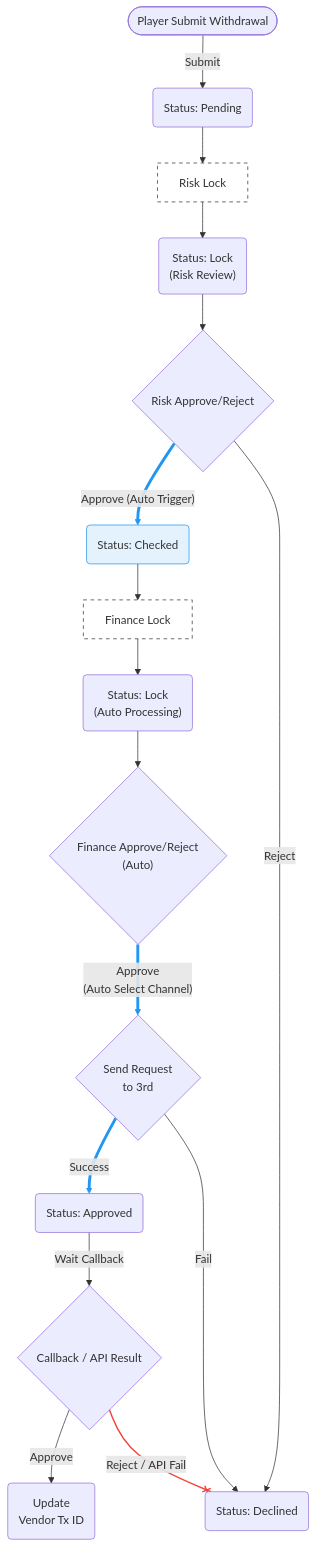
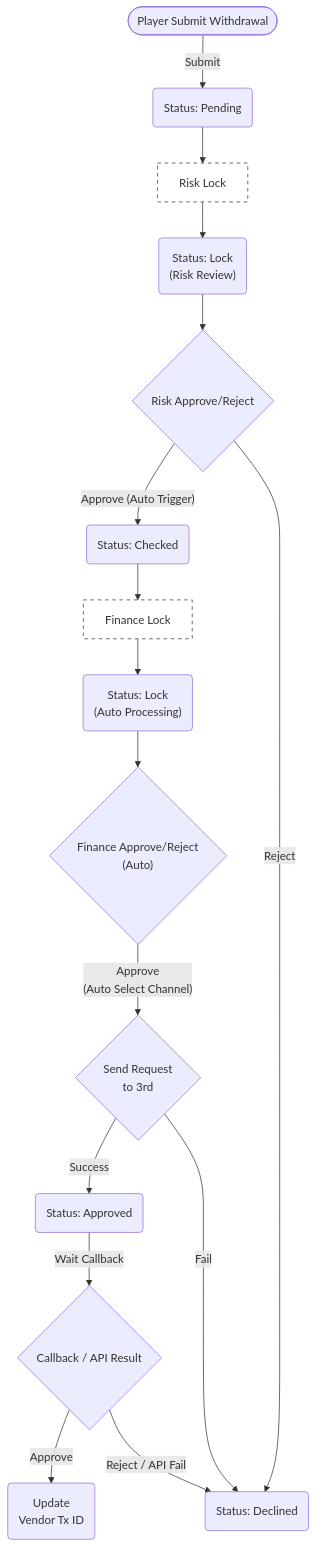
Before and after one commit to almightyken0425/SuSuGiGiSpec: the second of 2 diagrams in no99_archive/sitflowchart.md, drawn with Mermaid.

````diff
--- a/no99_archive/sitflowchart.md
+++ b/no99_archive/sitflowchart.md
@@ -91,80 +91,53 @@
 ```mermaid
 graph TD
     %% 節點定義
     StartAuto(["Player Submit Withdrawal"])
     PendingAuto("Status: Pending")
     
     RiskLockActionBoxAuto["Risk Lock"]
     RiskLockAuto("Status: Lock<br/>(Risk Review)")
     
     RiskActionAuto{"Risk Approve/Reject"}
     ApproveAuto("Status: Checked")
     
     FinanceLockActionBoxAuto["Finance Lock"]
     FinanceLockAuto("Status: Lock<br/>(Auto Processing)")
     
     FinanceActionAuto{"Finance Approve/Reject<br/>(Auto)"}
     RequestActionAuto{"Send Request<br/>to 3rd"}
     FinanceApprovedAuto("Status: Approved")
 
     DeclineAuto("Status: Declined")
     SuccessAuto("Update<br>Vendor Tx ID")
     CallbackAuto{"Callback / API Result"}
 
     StartAuto -->|"Submit"| PendingAuto
     
     PendingAuto --> RiskLockActionBoxAuto
     RiskLockActionBoxAuto --> RiskLockAuto
     
     RiskLockAuto --> RiskActionAuto
     
-    %% 高亮自動化路徑
-    RiskActionAuto ==>|"Approve (Auto Trigger)"| ApproveAuto
+    RiskActionAuto -->|"Approve (Auto Trigger)"| ApproveAuto
     
     ApproveAuto --> FinanceLockActionBoxAuto
     FinanceLockActionBoxAuto --> FinanceLockAuto
     
     FinanceLockAuto --> FinanceActionAuto
     
-    FinanceActionAuto ==>|"Approve<br/>(Auto Select Channel)"| RequestActionAuto
+    FinanceActionAuto -->|"Approve<br/>(Auto Select Channel)"| RequestActionAuto
     
-    RequestActionAuto ==>|"Success"| FinanceApprovedAuto
+    RequestActionAuto -->|"Success"| FinanceApprovedAuto
     RequestActionAuto -->|"Fail"| DeclineAuto
     
     FinanceApprovedAuto -->|"Wait Callback"| CallbackAuto
 
     CallbackAuto -->|"Approve"| SuccessAuto
     
-    %% 高亮報廢路徑
-    CallbackAuto --x|"Reject / API Fail"| DeclineAuto
+    CallbackAuto -->|"Reject / API Fail"| DeclineAuto
 
-    %% 補回 Risk 拒絕路徑 (若遺失)
     RiskActionAuto -->|"Reject"| DeclineAuto
 
-    %% 樣式與連結美化
-    %% linkStyle 索引 (基於連接線出現順序):
-    %% 0: StartAuto -> PendingAuto
-    %% 1: PendingAuto -> RiskLockActionBoxAuto
-    %% 2: RiskLockActionBoxAuto -> RiskLockAuto
-    %% 3: RiskLockAuto -> RiskActionAuto
-    %% 4: RiskActionAuto ==> ApproveAuto
-    %% 5: ApproveAuto --> FinanceLockActionBoxAuto
-    %% 6: FinanceLockActionBoxAuto --> FinanceLockAuto
-    %% 7: FinanceLockAuto --> FinanceActionAuto
-    %% 8: FinanceActionAuto ==> RequestActionAuto
-    %% 9: RequestActionAuto ==> FinanceApprovedAuto
-    %% 10: RequestActionAuto --> DeclineAuto
-    %% 11: FinanceApprovedAuto --> CallbackAuto
-    %% 12: CallbackAuto --> SuccessAuto
-    %% 13: CallbackAuto --x DeclineAuto
-    %% 14: RiskActionAuto --> DeclineAuto (New)
-
-    linkStyle 4 stroke:#2196f3,stroke-width:4px;
-    linkStyle 8 stroke:#2196f3,stroke-width:4px;
-    linkStyle 9 stroke:#2196f3,stroke-width:4px;
-    linkStyle 13 stroke:#f44336,stroke-width:2px;
-
-    style ApproveAuto fill:#e3f2fd,stroke:#2196f3
     style RiskLockActionBoxAuto fill:#fff,stroke:#333,stroke-dasharray: 5 5
     style FinanceLockActionBoxAuto fill:#fff,stroke:#333,stroke-dasharray: 5 5
 ```
````
